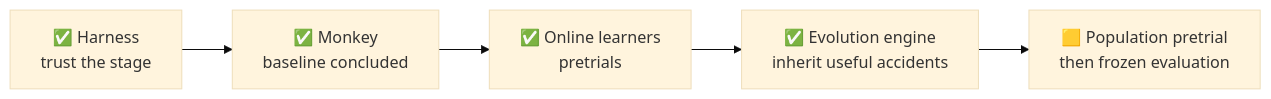
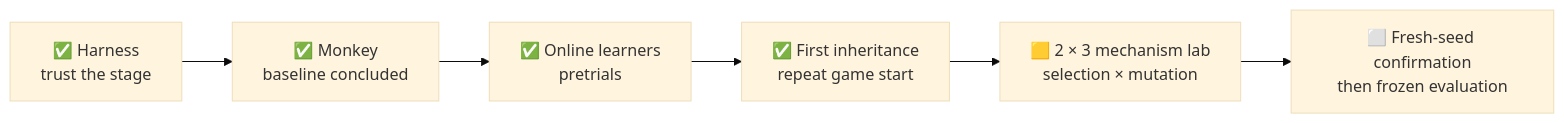
The first of 2 diagrams in README.md (PeteAndrews1289/pokemon-red-ai), drawn with Mermaid (base theme) before and after one commit. The commit also changed other lines of this file and 15 other files, not shown here.

Commit message:
Add six-lane evolution mechanism lab

````diff
--- a/README.md
+++ b/README.md
@@ -59,7 +60,8 @@
 ```mermaid
 flowchart LR
     P0["✅ Harness<br/>trust the stage"] --> B0["✅ Monkey<br/>baseline concluded"]
     B0 --> B2["✅ Online learners<br/>pretrials"]
-    B2 --> B1["✅ Evolution engine<br/>inherit useful accidents"]
-    B1 --> EV["🟨 Population pretrial<br/>then frozen evaluation"]
+    B2 --> B1["✅ First inheritance<br/>repeat game start"]
+    B1 --> EV["🟨 2 × 3 mechanism lab<br/>selection × mutation"]
+    EV --> FR["⬜ Fresh-seed confirmation<br/>then frozen evaluation"]
 ```
````
